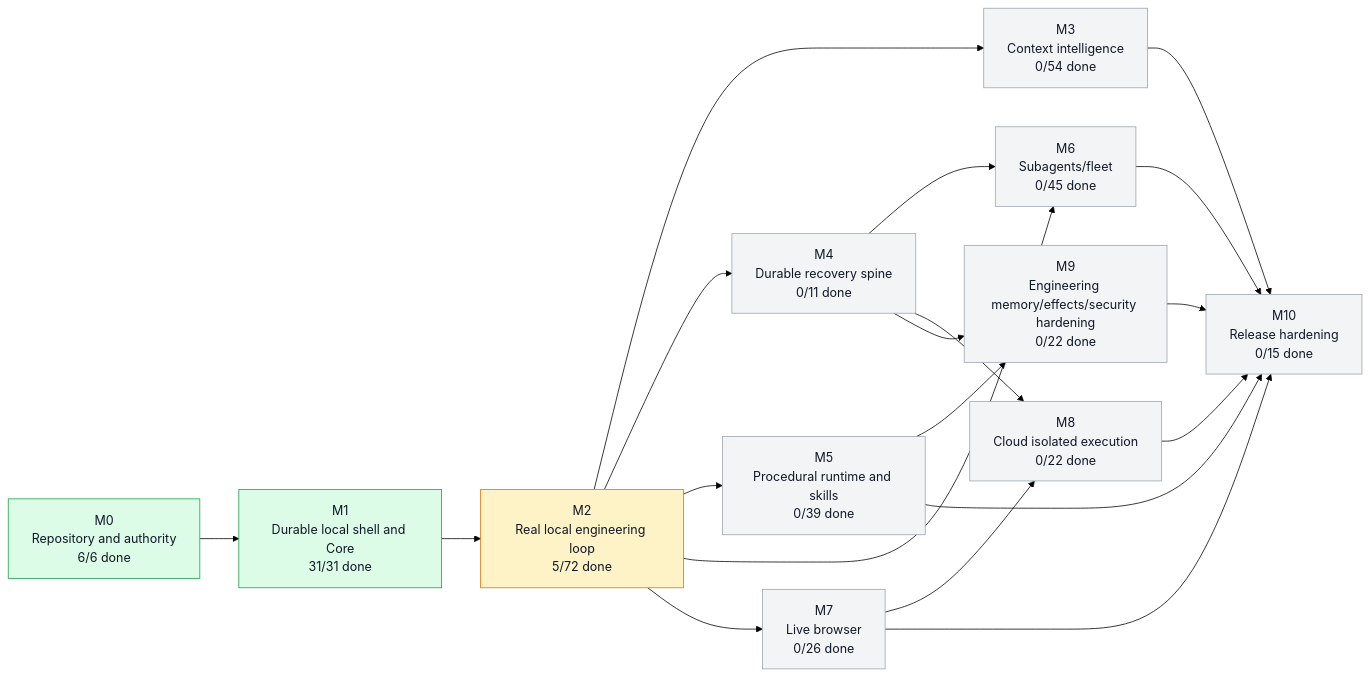
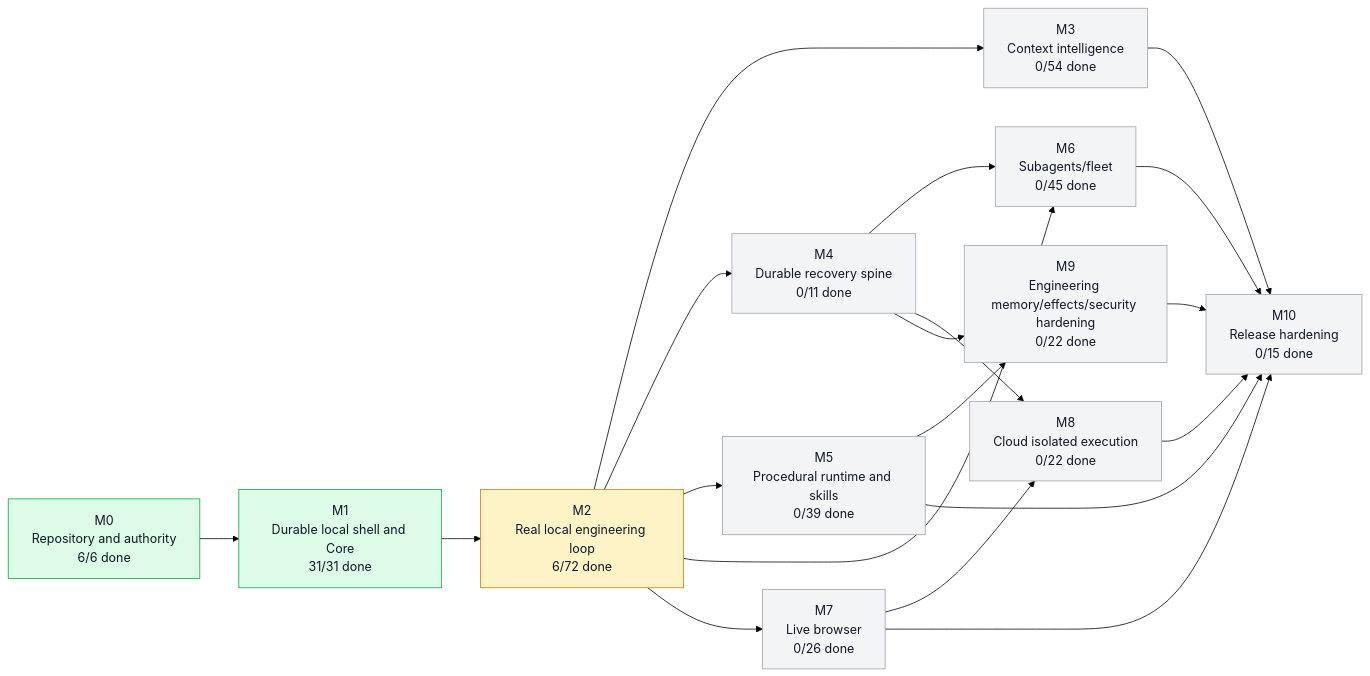
Before and after one commit to moss101/zmodbit: the first of 3 diagrams in graph/PROJECT_GRAPH.md, drawn with Mermaid (forest theme). The commit also changed other lines of this file and 5 other files, not shown here.

````diff
--- a/graph/PROJECT_GRAPH.md
+++ b/graph/PROJECT_GRAPH.md
@@ -43,43 +43,43 @@
 ```mermaid
 flowchart LR
   M0["M0<br/>Repository and authority<br/>6/6 done"]
   M1["M1<br/>Durable local shell and Core<br/>31/31 done"]
-  M2["M2<br/>Real local engineering loop<br/>5/72 done"]
+  M2["M2<br/>Real local engineering loop<br/>6/72 done"]
   M3["M3<br/>Context intelligence<br/>0/54 done"]
   M4["M4<br/>Durable recovery spine<br/>0/11 done"]
   M5["M5<br/>Procedural runtime and skills<br/>0/39 done"]
   M6["M6<br/>Subagents/fleet<br/>0/45 done"]
   M7["M7<br/>Live browser<br/>0/26 done"]
   M8["M8<br/>Cloud isolated execution<br/>0/22 done"]
   M9["M9<br/>Engineering memory/effects/security hardening<br/>0/22 done"]
   M10["M10<br/>Release hardening<br/>0/15 done"]
   M0 --> M1
   M1 --> M2
   M2 --> M3
   M2 --> M4
   M2 --> M5
   M2 --> M6
   M4 --> M6
   M2 --> M7
   M4 --> M8
   M7 --> M8
   M4 --> M9
   M5 --> M9
   M3 --> M10
   M5 --> M10
   M6 --> M10
   M7 --> M10
   M8 --> M10
   M9 --> M10
   style M0 fill:#dcfce7,stroke:#16a34a,color:#111827
   style M1 fill:#dcfce7,stroke:#16a34a,color:#111827
   style M2 fill:#fef3c7,stroke:#d97706,color:#111827
   style M3 fill:#f3f4f6,stroke:#9ca3af,color:#111827
   style M4 fill:#f3f4f6,stroke:#9ca3af,color:#111827
   style M5 fill:#f3f4f6,stroke:#9ca3af,color:#111827
   style M6 fill:#f3f4f6,stroke:#9ca3af,color:#111827
   style M7 fill:#f3f4f6,stroke:#9ca3af,color:#111827
   style M8 fill:#f3f4f6,stroke:#9ca3af,color:#111827
   style M9 fill:#f3f4f6,stroke:#9ca3af,color:#111827
   style M10 fill:#f3f4f6,stroke:#9ca3af,color:#111827
 ```
````
